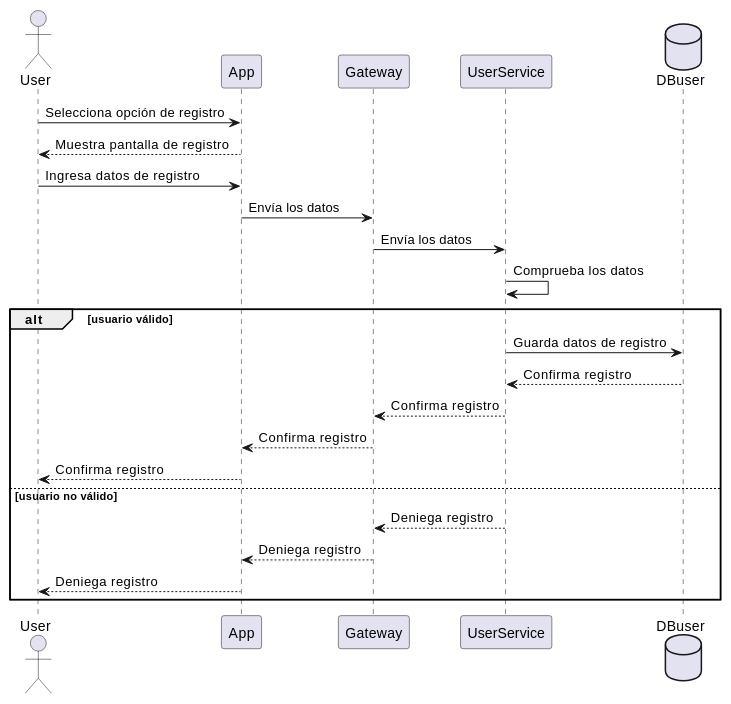
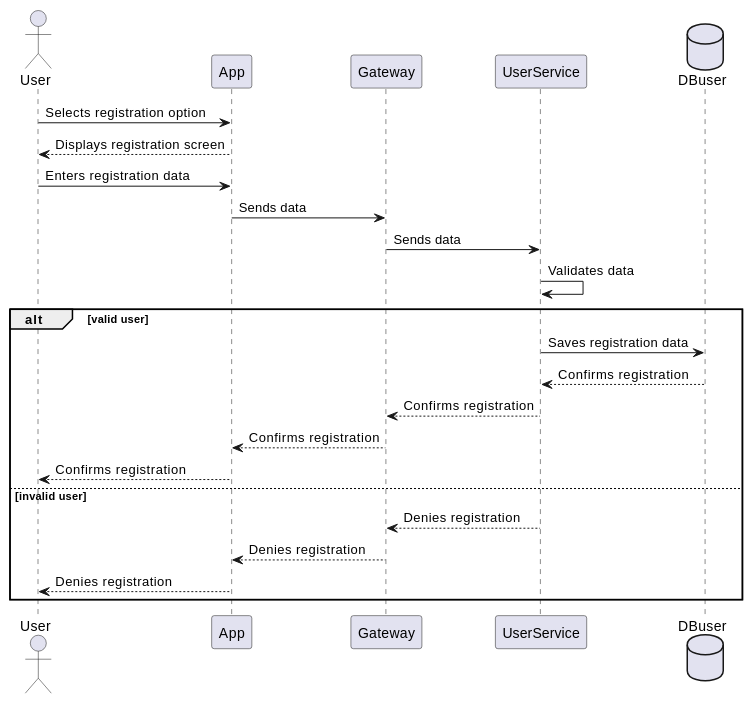
The first of 5 diagrams in docs/src/06_runtime_view.adoc (Arquisoft/wichat_es6b), drawn with PlantUML before and after one commit. The commit also changed other lines of this file, not shown here.

```diff
--- a/docs/src/06_runtime_view.adoc
+++ b/docs/src/06_runtime_view.adoc
@@ -43,27 +43,27 @@
 [plantuml, registration, png]
 ----
 actor User
 participant App
 participant Gateway
 participant UserService
 database DBuser
 
-User -> App: Selecciona opción de registro
-User <-- App: Muestra pantalla de registro
-User -> App: Ingresa datos de registro
-App -> Gateway: Envía los datos
-Gateway -> UserService: Envía los datos
-UserService -> UserService: Comprueba los datos
+User -> App: Selects registration option
+User <-- App: Displays registration screen
+User -> App: Enters registration data
+App -> Gateway: Sends data
+Gateway -> UserService: Sends data
+UserService -> UserService: Validates data
 
-alt usuario válido
-    UserService -> DBuser: Guarda datos de registro
-    UserService <-- DBuser: Confirma registro
-    Gateway <-- UserService: Confirma registro
-    App <-- Gateway: Confirma registro
-    User <-- App: Confirma registro
-else usuario no válido
-    Gateway <-- UserService: Deniega registro
-    App <-- Gateway: Deniega registro
-    User <-- App: Deniega registro
+alt valid user
+    UserService -> DBuser: Saves registration data
+    UserService <-- DBuser: Confirms registration
+    Gateway <-- UserService: Confirms registration
+    App <-- Gateway: Confirms registration
+    User <-- App: Confirms registration
+else invalid user
+    Gateway <-- UserService: Denies registration
+    App <-- Gateway: Denies registration
+    User <-- App: Denies registration
 end
 ----
```
